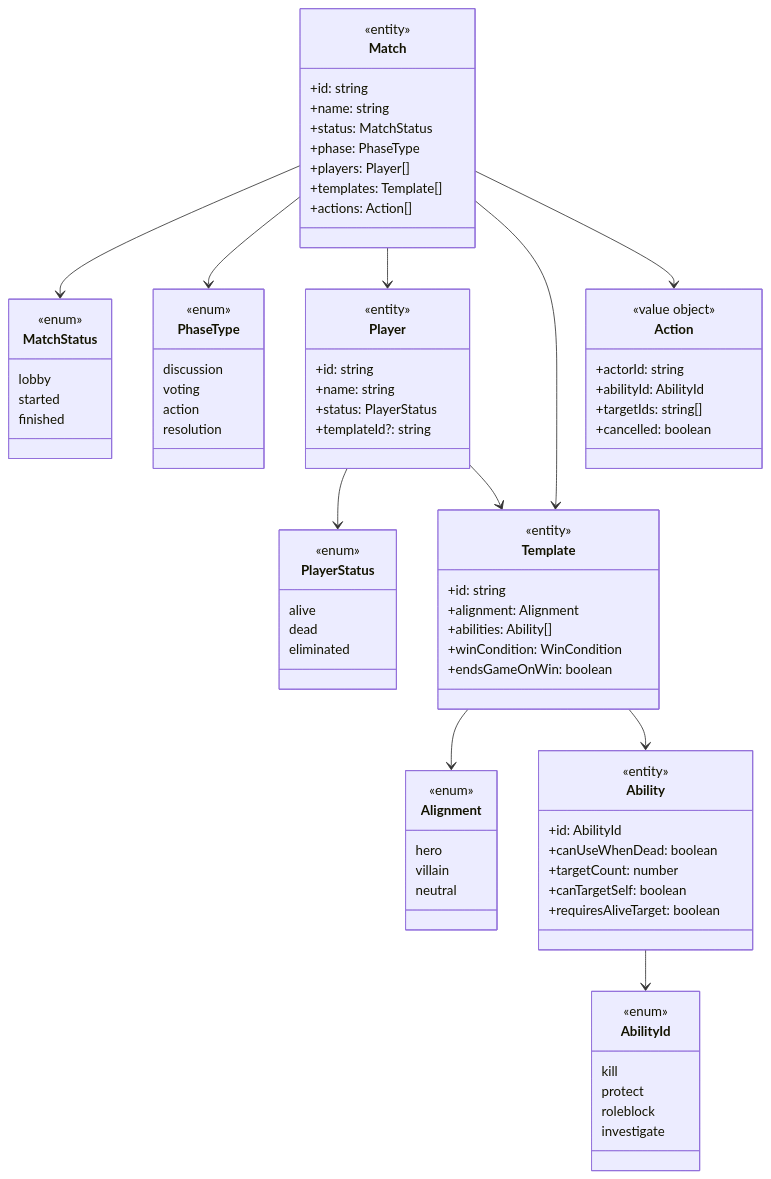
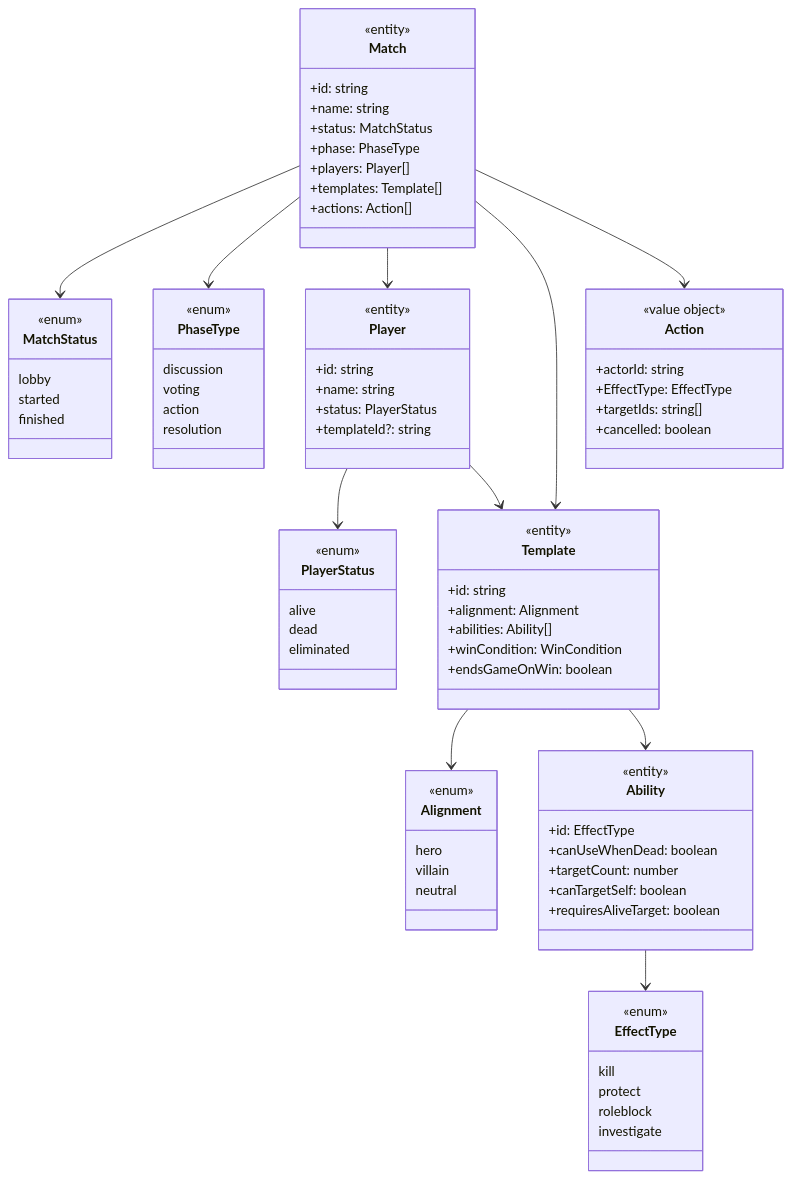
One commit to MohamedAljoke/social-deduction-game changed the first of 3 diagrams in backend/docs/architecture.md. Above: the diagram before and after it, drawn with Mermaid. The commit also changed 39 other files, not shown here.

````diff
--- a/backend/docs/architecture.md
+++ b/backend/docs/architecture.md
@@ -63,14 +63,14 @@
 
     class Ability {
         <<entity>>
-        +id: AbilityId
+        +id: EffectType
         +canUseWhenDead: boolean
         +targetCount: number
         +canTargetSelf: boolean
         +requiresAliveTarget: boolean
     }
 
-    class AbilityId {
+    class EffectType {
         <<enum>>
         kill
         protect
@@ -81,7 +81,7 @@
     class Action {
         <<value object>>
         +actorId: string
-        +abilityId: AbilityId
+        +EffectType: EffectType
         +targetIds: string[]
         +cancelled: boolean
     }
@@ -95,5 +95,5 @@
     Player --> Template
     Template --> Alignment
     Template --> Ability
-    Ability --> AbilityId
+    Ability --> EffectType
 ```
````
